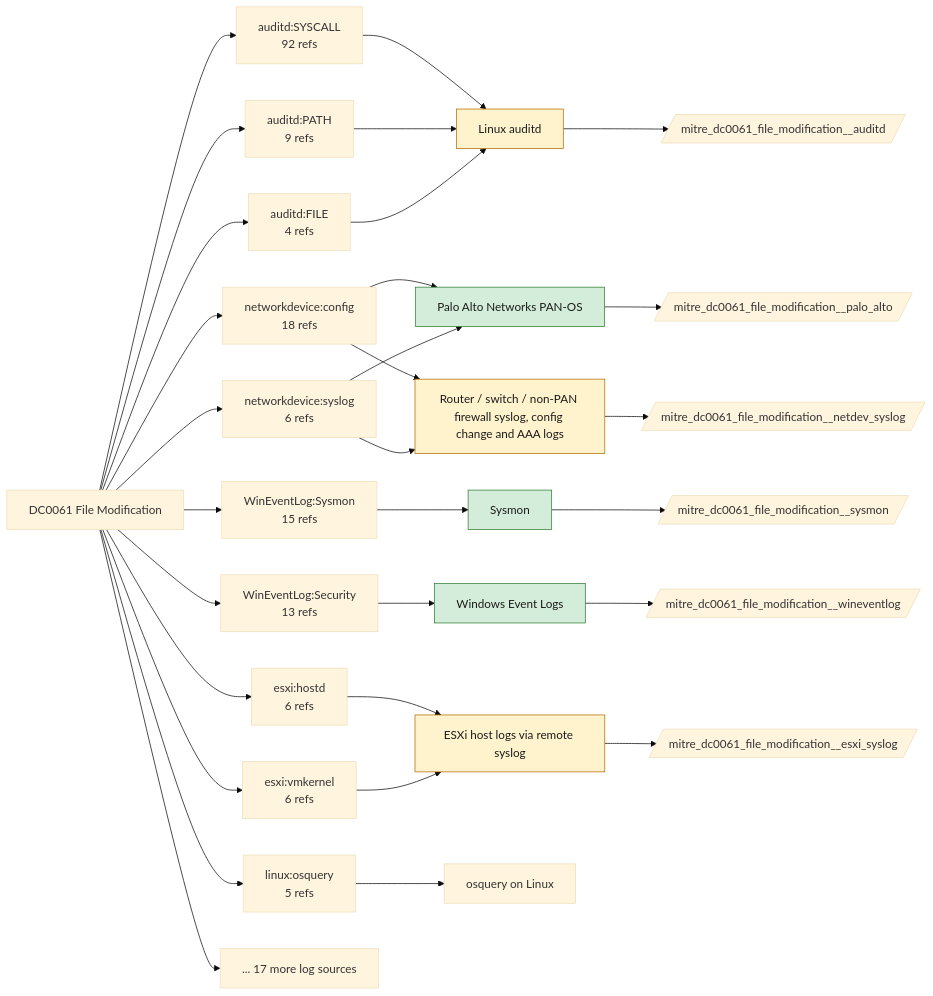
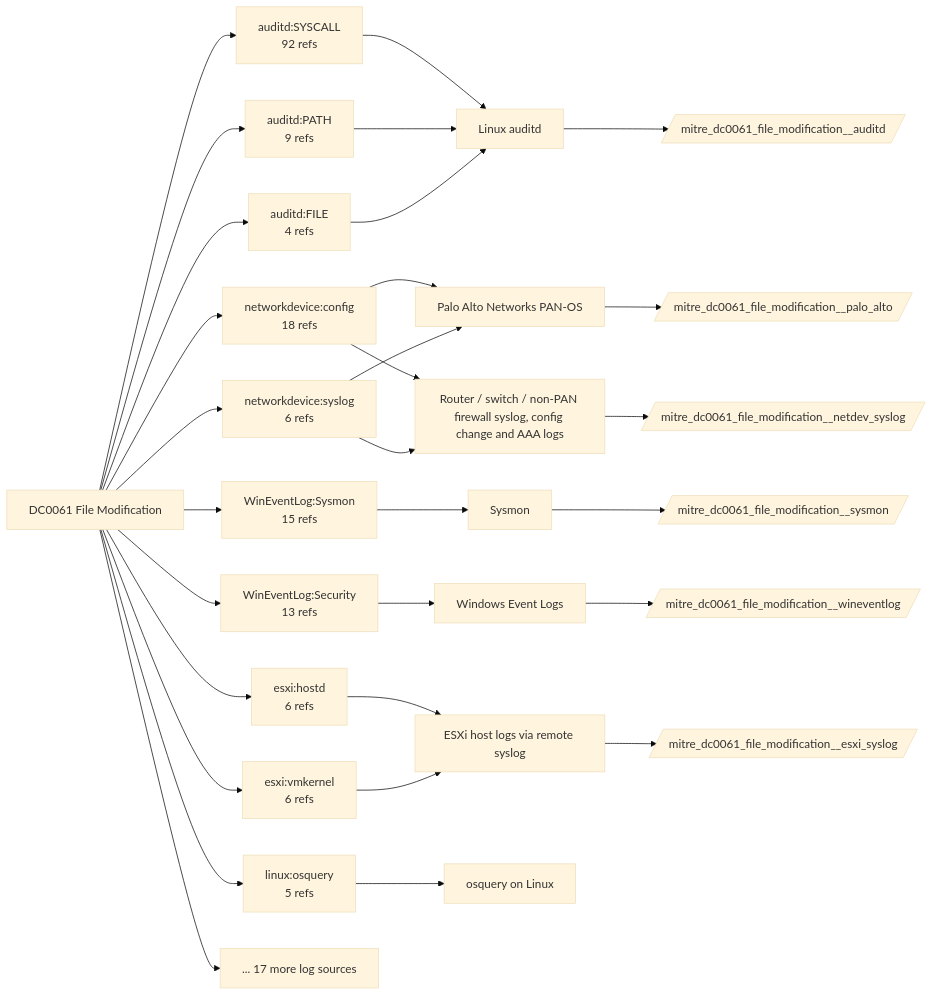
One commit to dev-nobytes-io/mitre-defensive-mappings-spl changed the diagram in docs/data-components/DC0061-file-modification.md. Above: the diagram before and after it, drawn with Mermaid (base theme). The commit also changed other lines of this file and 366 other files, not shown here.

````diff
--- a/docs/data-components/DC0061-file-modification.md
+++ b/docs/data-components/DC0061-file-modification.md
@@ -19,48 +19,40 @@
 ```mermaid
 flowchart LR
   DC["DC0061 File Modification"]
   DC --> LS0["auditd:SYSCALL<br/>92 refs"]
   F_auditd["Linux auditd"]
   LS0 --> F_auditd
   DC --> LS1["networkdevice:config<br/>18 refs"]
   F_palo_alto["Palo Alto Networks PAN-OS"]
   LS1 --> F_palo_alto
   F_netdev_syslog["Router / switch / non-PAN firewall syslog, config change and AAA logs"]
   LS1 --> F_netdev_syslog
   DC --> LS2["WinEventLog:Sysmon<br/>15 refs"]
   F_sysmon["Sysmon"]
   LS2 --> F_sysmon
   DC --> LS3["WinEventLog:Security<br/>13 refs"]
   F_wineventlog["Windows Event Logs"]
   LS3 --> F_wineventlog
   DC --> LS4["auditd:PATH<br/>9 refs"]
   LS4 --> F_auditd
   DC --> LS5["esxi:hostd<br/>6 refs"]
   F_esxi_syslog["ESXi host logs via remote syslog"]
   LS5 --> F_esxi_syslog
   DC --> LS6["esxi:vmkernel<br/>6 refs"]
   LS6 --> F_esxi_syslog
   DC --> LS7["networkdevice:syslog<br/>6 refs"]
   LS7 --> F_palo_alto
   LS7 --> F_netdev_syslog
   DC --> LS8["linux:osquery<br/>5 refs"]
   F_linux_osquery["osquery on Linux"]
   LS8 --> F_linux_osquery
   DC --> LS9["auditd:FILE<br/>4 refs"]
   LS9 --> F_auditd
   DC --> MORE["... 17 more log sources"]
+  F_auditd --> ET_auditd[/"mitre_dc0061_file_modification__auditd"/]
+  F_esxi_syslog --> ET_esxi_syslog[/"mitre_dc0061_file_modification__esxi_syslog"/]
+  F_netdev_syslog --> ET_netdev_syslog[/"mitre_dc0061_file_modification__netdev_syslog"/]
   F_palo_alto --> ET_palo_alto[/"mitre_dc0061_file_modification__palo_alto"/]
-  class F_palo_alto live
   F_sysmon --> ET_sysmon[/"mitre_dc0061_file_modification__sysmon"/]
-  class F_sysmon live
   F_wineventlog --> ET_wineventlog[/"mitre_dc0061_file_modification__wineventlog"/]
-  class F_wineventlog live
-  F_auditd --> ET_auditd[/"mitre_dc0061_file_modification__auditd"/]
-  class F_auditd ready
-  F_esxi_syslog --> ET_esxi_syslog[/"mitre_dc0061_file_modification__esxi_syslog"/]
-  class F_esxi_syslog ready
-  F_netdev_syslog --> ET_netdev_syslog[/"mitre_dc0061_file_modification__netdev_syslog"/]
-  class F_netdev_syslog ready
-  classDef live fill:#d4edda,stroke:#2e7d32,color:#1b1b1b
-  classDef ready fill:#fff3cd,stroke:#b26a00,color:#1b1b1b
 ```
````
